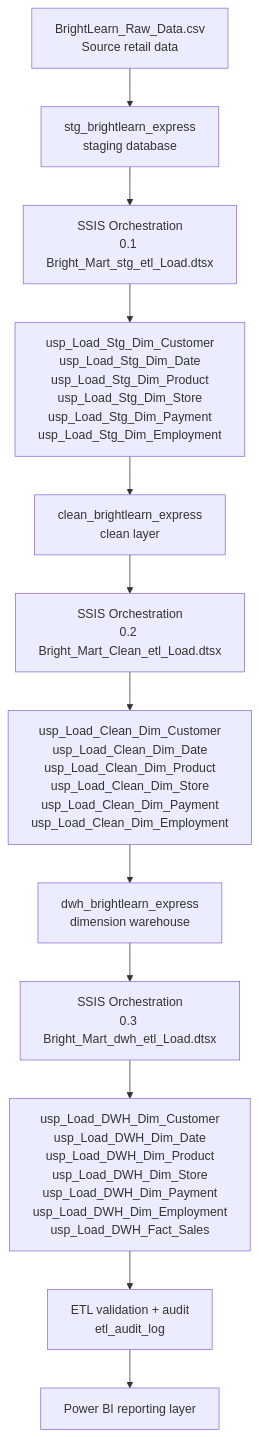
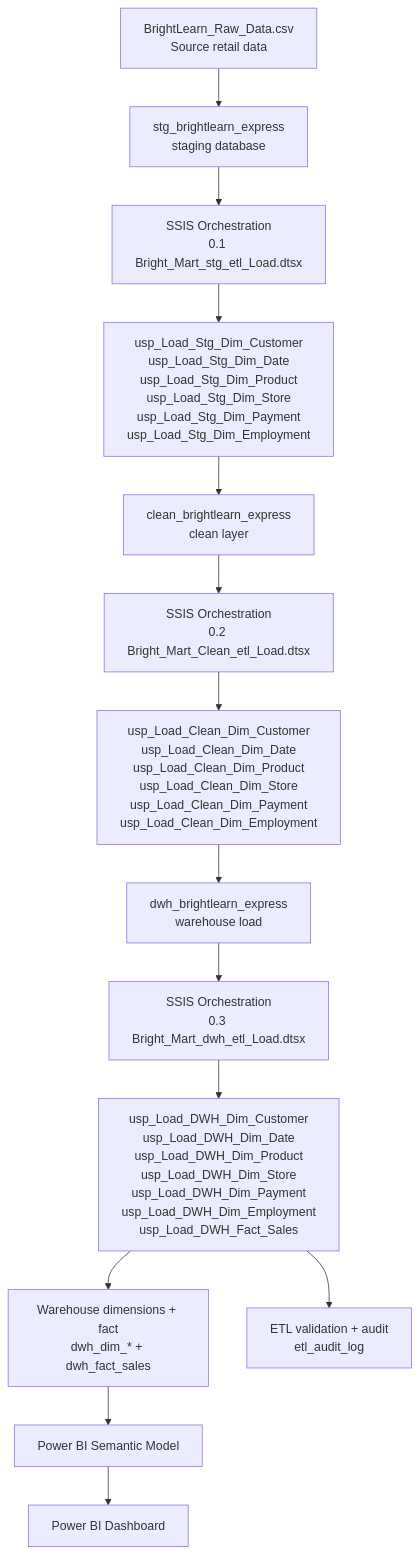
The third of 3 diagrams in README.md (kamohelomolotsi1-svg/Bright_Mart_Boipelo_Molotsi), drawn with Mermaid before and after one commit. The commit also changed other lines of this file, not shown here.

Commit message:
docs: improve README project documentation and validation

````diff
--- a/README.md
+++ b/README.md
@@ -141,14 +177,17 @@
 ```mermaid
 flowchart TB
     A[BrightLearn_Raw_Data.csv<br/>Source retail data] --> B[stg_brightlearn_express<br/>staging database]
     B --> C[SSIS Orchestration<br/>0.1 Bright_Mart_stg_etl_Load.dtsx]
     C --> D[usp_Load_Stg_Dim_Customer<br/>usp_Load_Stg_Dim_Date<br/>usp_Load_Stg_Dim_Product<br/>usp_Load_Stg_Dim_Store<br/>usp_Load_Stg_Dim_Payment<br/>usp_Load_Stg_Dim_Employment]
     D --> E[clean_brightlearn_express<br/>clean layer]
     E --> F[SSIS Orchestration<br/>0.2 Bright_Mart_Clean_etl_Load.dtsx]
     F --> G[usp_Load_Clean_Dim_Customer<br/>usp_Load_Clean_Dim_Date<br/>usp_Load_Clean_Dim_Product<br/>usp_Load_Clean_Dim_Store<br/>usp_Load_Clean_Dim_Payment<br/>usp_Load_Clean_Dim_Employment]
-    G --> H[dwh_brightlearn_express<br/>dimension warehouse]
+    G --> H[dwh_brightlearn_express<br/>warehouse load]
     H --> I[SSIS Orchestration<br/>0.3 Bright_Mart_dwh_etl_Load.dtsx]
     I --> J[usp_Load_DWH_Dim_Customer<br/>usp_Load_DWH_Dim_Date<br/>usp_Load_DWH_Dim_Product<br/>usp_Load_DWH_Dim_Store<br/>usp_Load_DWH_Dim_Payment<br/>usp_Load_DWH_Dim_Employment<br/>usp_Load_DWH_Fact_Sales]
-    J --> K[ETL validation + audit<br/>etl_audit_log]
-    K --> L[Power BI reporting layer]
+    J --> K[Warehouse dimensions + fact<br/>dwh_dim_* + dwh_fact_sales]
+    K --> L[Power BI Semantic Model]
+    L --> M[Power BI Dashboard]
+
+    J --> N[ETL validation + audit<br/>etl_audit_log]
 ```
````
